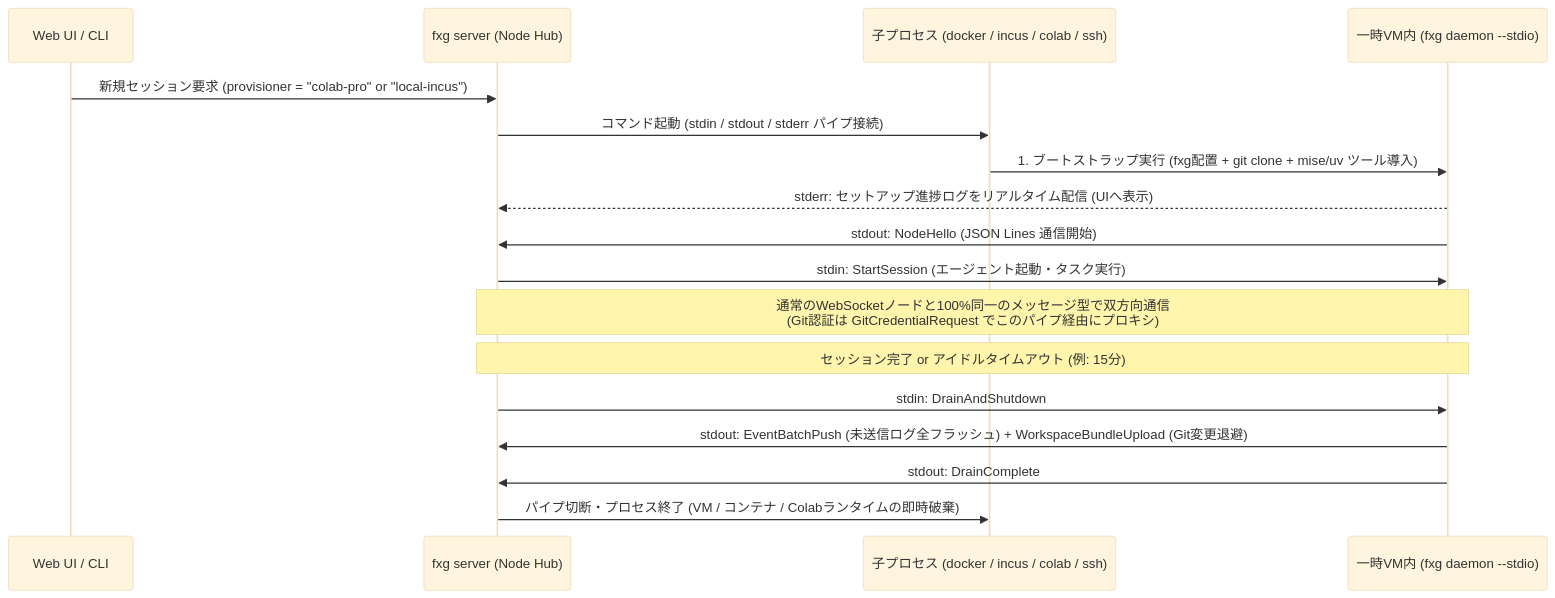
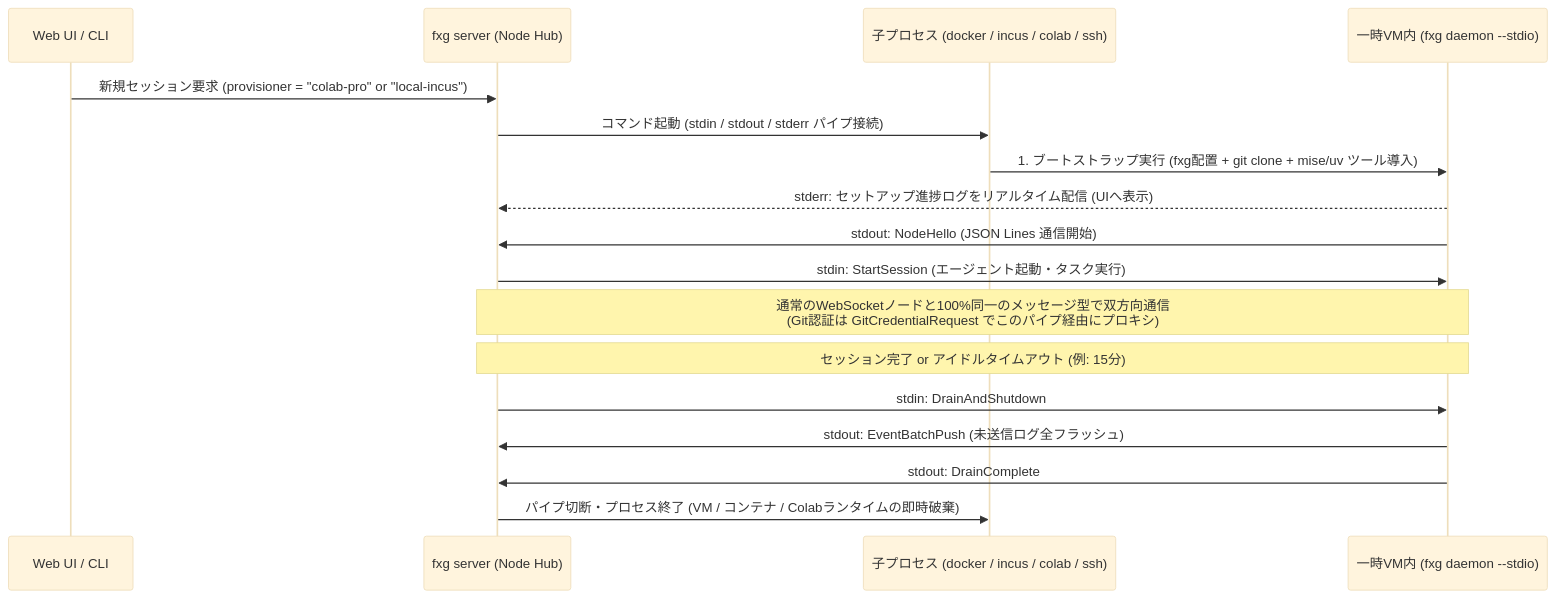
One commit to nazo6/flexagent changed the third of 3 diagrams in docs/01-architecture-and-sync.md. Above: the diagram before and after it, drawn with Mermaid (base theme). The commit also changed other lines of this file and 77 other files, not shown here.

````diff
--- a/docs/01-architecture-and-sync.md
+++ b/docs/01-architecture-and-sync.md
@@ -376,20 +375,20 @@
 ```mermaid
 sequenceDiagram
     participant UI as Web UI / CLI
     participant Server as fxg server (Node Hub)
     participant Child as 子プロセス (docker / incus / colab / ssh)
     participant Eph as 一時VM内 (fxg daemon --stdio)
 
     UI->>Server: 新規セッション要求 (provisioner = "colab-pro" or "local-incus")
     Server->>Child: コマンド起動 (stdin / stdout / stderr パイプ接続)
     Child->>Eph: 1. ブートストラップ実行 (fxg配置 + git clone + mise/uv ツール導入)
     Eph-->>Server: stderr: セットアップ進捗ログをリアルタイム配信 (UIへ表示)
     Eph->>Server: stdout: NodeHello (JSON Lines 通信開始)
     Server->>Eph: stdin: StartSession (エージェント起動・タスク実行)
     Note over Server,Eph: 通常のWebSocketノードと100%同一のメッセージ型で双方向通信<br/>(Git認証は GitCredentialRequest でこのパイプ経由にプロキシ)
     Note over Server,Eph: セッション完了 or アイドルタイムアウト (例: 15分)
     Server->>Eph: stdin: DrainAndShutdown
-    Eph->>Server: stdout: EventBatchPush (未送信ログ全フラッシュ) + WorkspaceBundleUpload (Git変更退避)
+    Eph->>Server: stdout: EventBatchPush (未送信ログ全フラッシュ)
     Eph->>Server: stdout: DrainComplete
     Server->>Child: パイプ切断・プロセス終了 (VM / コンテナ / Colabランタイムの即時破棄)
 ```
````
